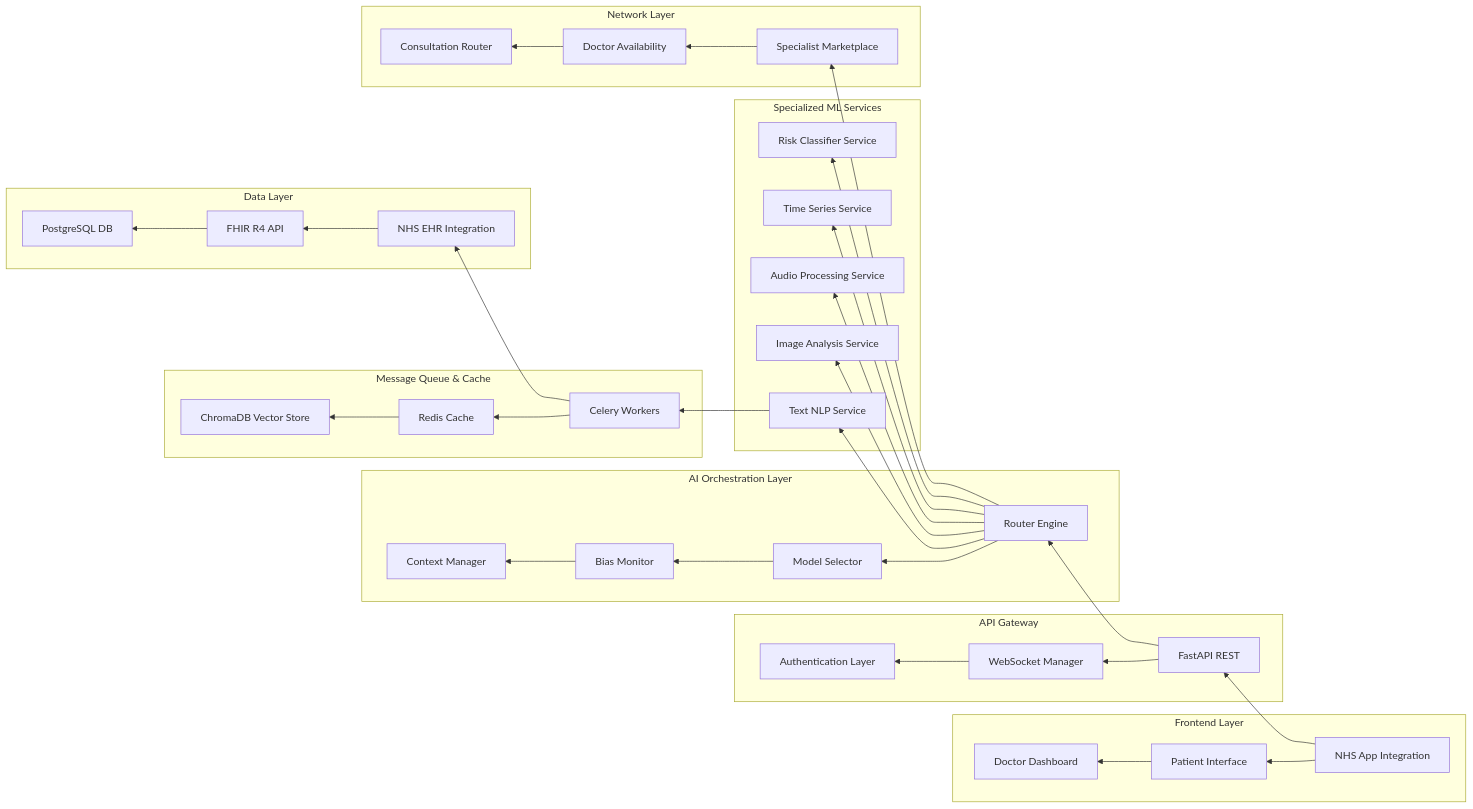
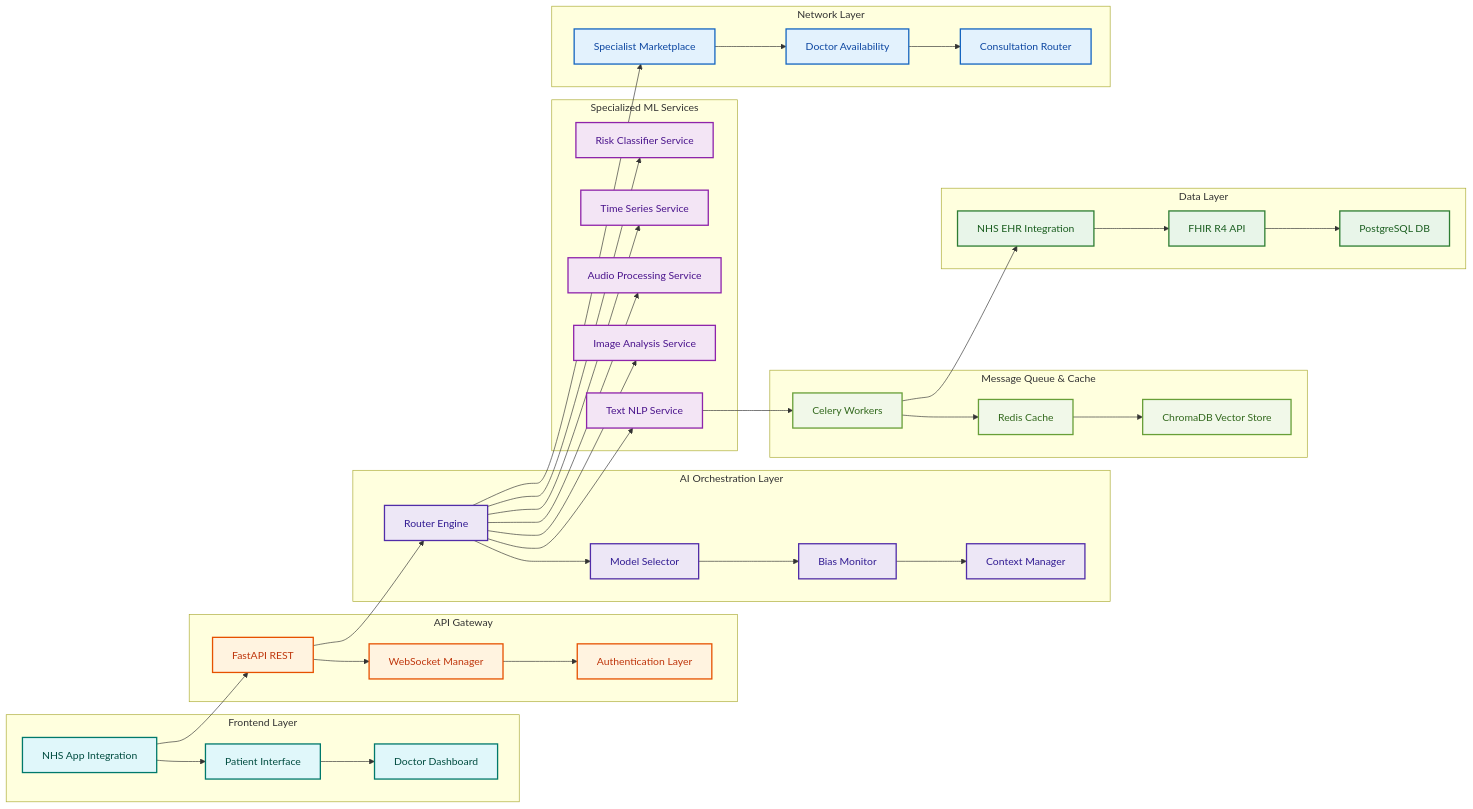
The diagram in 🏥 Fairdoc AI - Intelligent Healthcare Triage & Net.md (hr1juldey/FairWorks_FairDOC), drawn with Mermaid before and after one commit.

Commit message:
Update 🏥 Fairdoc AI - Intelligent Healthcare Triage & Net.md

````diff
--- a/🏥 Fairdoc AI - Intelligent Healthcare Triage & Net.md
+++ b/🏥 Fairdoc AI - Intelligent Healthcare Triage & Net.md
@@ -43,48 +43,67 @@
 ```mermaid
-graph RL
+
+graph LR
+    %% Frontend Layer
     subgraph "Frontend Layer"
-        A[NHS App Integration] --> B[Patient Interface]
-        B --> C[Doctor Dashboard]
+        A[NHS App Integration]:::frontend --> B[Patient Interface]:::frontend
+        B --> C[Doctor Dashboard]:::frontend
     end
-    
+
+    %% API Gateway
     subgraph "API Gateway"
-        D[FastAPI REST] --> E[WebSocket Manager]
-        E --> F[Authentication Layer]
+        D[FastAPI REST]:::gateway --> E[WebSocket Manager]:::gateway
+        E --> F[Authentication Layer]:::gateway
     end
-    
+
+    %% AI Orchestration
     subgraph "AI Orchestration Layer"
-        G[Router Engine] --> H[Model Selector]
-        H --> I[Bias Monitor]
-        I --> J[Context Manager]
+        G[Router Engine]:::ai --> H[Model Selector]:::ai
+        H --> I[Bias Monitor]:::ai
+        I --> J[Context Manager]:::ai
     end
-    
+
+    %% Specialized ML Services
     subgraph "Specialized ML Services"
-        K[Text NLP Service]
-        L[Image Analysis Service]
-        M[Audio Processing Service]
-        N[Time Series Service]
-        O[Risk Classifier Service]
+        K[Text NLP Service]:::ml
+        L[Image Analysis Service]:::ml
+        M[Audio Processing Service]:::ml
+        N[Time Series Service]:::ml
+        O[Risk Classifier Service]:::ml
     end
-    
+
+    %% Queue & Cache
     subgraph "Message Queue & Cache"
-        P[Celery Workers] --> Q[Redis Cache]
-        Q --> R[ChromaDB Vector Store]
+        P[Celery Workers]:::queue --> Q[Redis Cache]:::queue
+        Q --> R[ChromaDB Vector Store]:::queue
     end
-    
+
+    %% Data Layer
     subgraph "Data Layer"
-        S[NHS EHR Integration] --> T[FHIR R4 API]
-        T --> U[PostgreSQL DB]
+        S[NHS EHR Integration]:::data --> T[FHIR R4 API]:::data
+        T --> U[PostgreSQL DB]:::data
     end
-    
+
+    %% Network Layer
     subgraph "Network Layer"
-        V[Specialist Marketplace] --> W[Doctor Availability]
-        W --> X[Consultation Router]
+        V[Specialist Marketplace]:::network --> W[Doctor Availability]:::network
+        W --> X[Consultation Router]:::network
     end
-    
+
+    %% Cross-Layer Interactions
     A --> D
     D --> G
     G --> K & L & M & N & O
     K --> P
     G --> V
     P --> S
+
+%% Define custom styles
+classDef frontend fill:#e0f7fa,stroke:#00796b,stroke-width:2px,color:#004d40;
+classDef gateway fill:#fff3e0,stroke:#e65100,stroke-width:2px,color:#bf360c;
+classDef ai fill:#ede7f6,stroke:#512da8,stroke-width:2px,color:#311b92;
+classDef ml fill:#f3e5f5,stroke:#8e24aa,stroke-width:2px,color:#4a148c;
+classDef queue fill:#f1f8e9,stroke:#689f38,stroke-width:2px,color:#33691e;
+classDef data fill:#e8f5e9,stroke:#2e7d32,stroke-width:2px,color:#1b5e20;
+classDef network fill:#e3f2fd,stroke:#1565c0,stroke-width:2px,color:#0d47a1;
+
 ```
````
